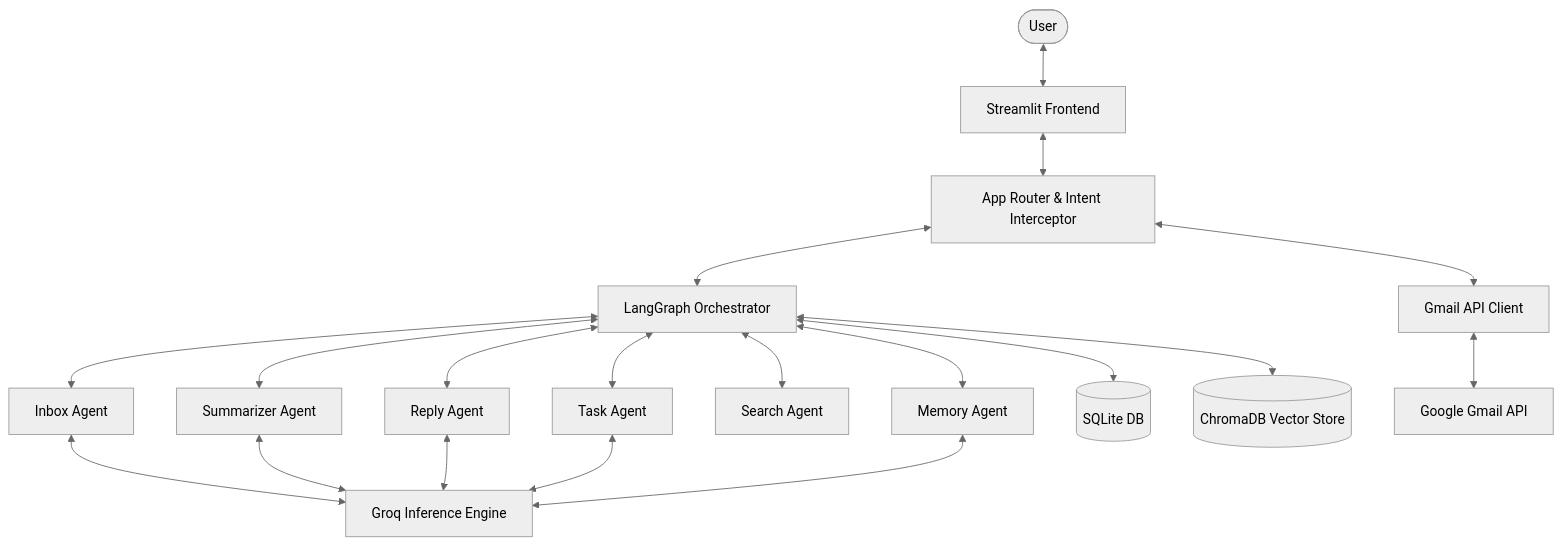
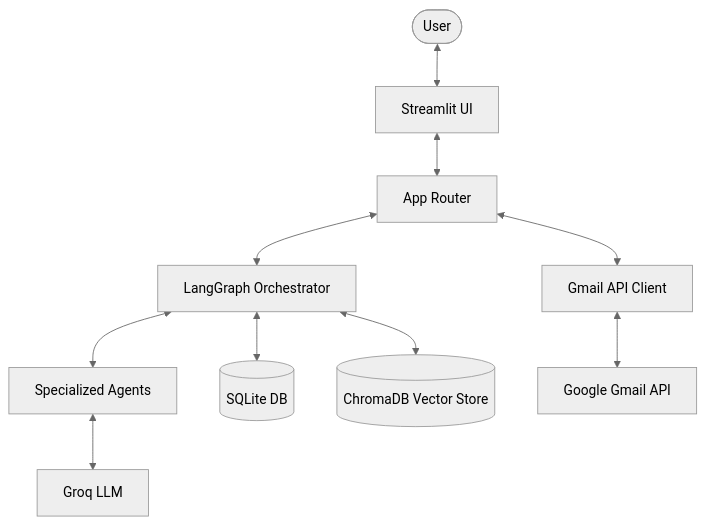
Before and after one commit to bittush8789/ai-inbox-copilot: the diagram in README.md, drawn with Mermaid (neutral theme). The commit also changed other lines of this file, not shown here.

````diff
--- a/README.md
+++ b/README.md
@@ -149,21 +21,14 @@
 ```mermaid
 graph TD
-    User([User]) <--> UI[Streamlit Frontend]
-    UI <--> Router[App Router & Intent Interceptor]
+    User([User]) <--> UI[Streamlit UI]
+    UI <--> Router[App Router]
     Router <--> Orchestrator[LangGraph Orchestrator]
     
-    Orchestrator <--> InboxAgent[Inbox Agent]
-    Orchestrator <--> SummarizerAgent[Summarizer Agent]
-    Orchestrator <--> ReplyAgent[Reply Agent]
-    Orchestrator <--> TaskAgent[Task Agent]
-    Orchestrator <--> SearchAgent[Search Agent]
-    Orchestrator <--> MemoryAgent[Memory Agent]
-    
+    Orchestrator <--> Agents[Specialized Agents]
     Orchestrator <--> SQLite[(SQLite DB)]
     Orchestrator <--> Chroma[(ChromaDB Vector Store)]
     
     Router <--> GmailClient[Gmail API Client]
     GmailClient <--> GoogleAPI[Google Gmail API]
-    
-    InboxAgent & SummarizerAgent & ReplyAgent & TaskAgent & MemoryAgent <--> GroqAPI[Groq Inference Engine]
+    Agents <--> GroqAPI[Groq LLM]
 ```
````
